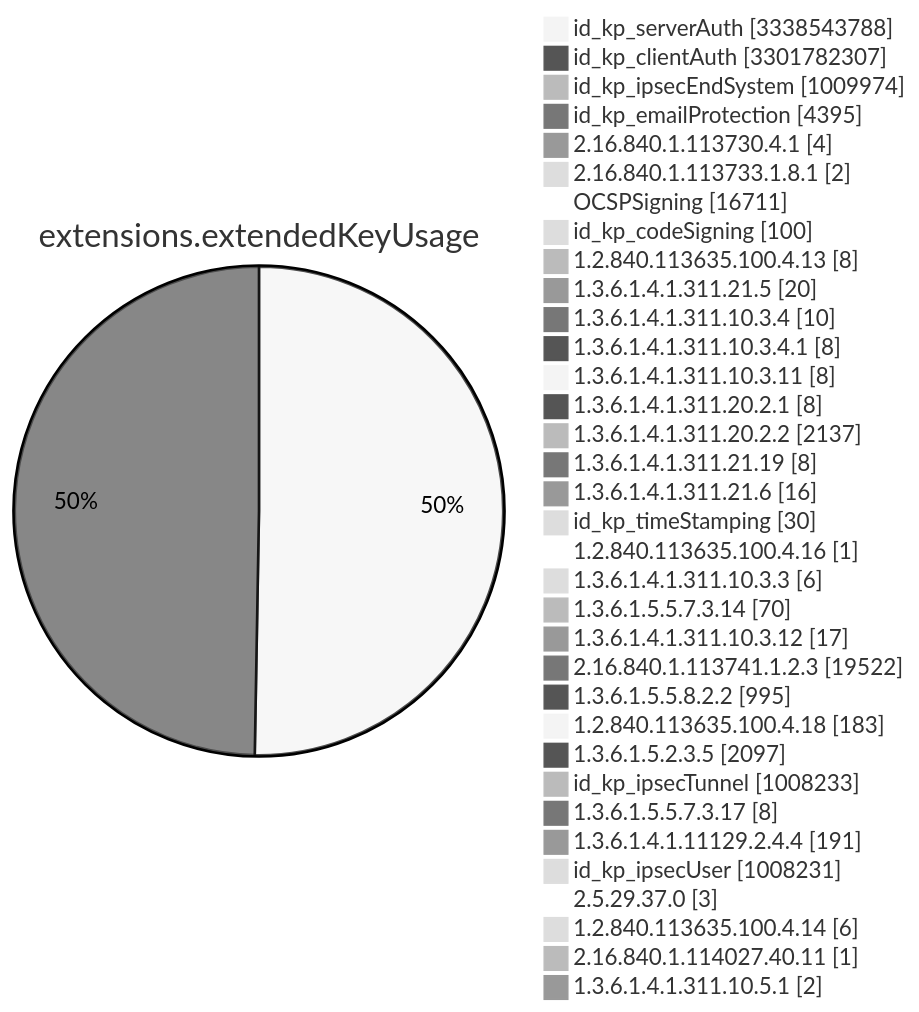
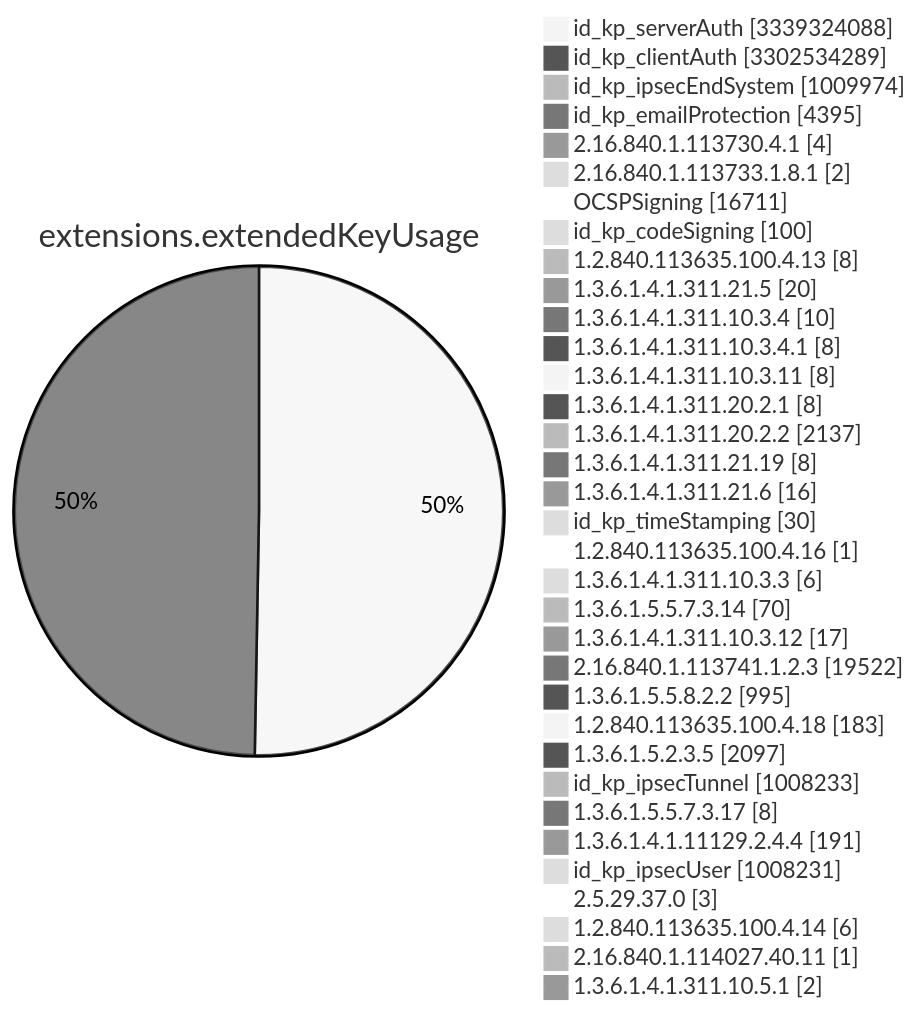
Before and after one commit to christiankrug/ctmonitor_visualization: diagram 11 of 15 in TOTAL/README.md, drawn with Mermaid (neutral theme). The commit also changed other lines of this file, not shown here.

````diff
--- a/TOTAL/README.md
+++ b/TOTAL/README.md
@@ -4120,38 +4120,38 @@
 ```mermaid
 pie showData
 title extensions.extendedKeyUsage
-"id_kp_serverAuth" :3338543788
-"id_kp_clientAuth" :3301782307
+"id_kp_serverAuth" :3339324088
+"id_kp_clientAuth" :3302534289
 "id_kp_ipsecEndSystem" :1009974
 "id_kp_emailProtection" :4395
 "2.16.840.1.113730.4.1" :4
 "2.16.840.1.113733.1.8.1" :2
 "OCSPSigning" :16711
 "id_kp_codeSigning" :100
 "1.2.840.113635.100.4.13" :8
 "1.3.6.1.4.1.311.21.5" :20
 "1.3.6.1.4.1.311.10.3.4" :10
 "1.3.6.1.4.1.311.10.3.4.1" :8
 "1.3.6.1.4.1.311.10.3.11" :8
 "1.3.6.1.4.1.311.20.2.1" :8
 "1.3.6.1.4.1.311.20.2.2" :2137
 "1.3.6.1.4.1.311.21.19" :8
 "1.3.6.1.4.1.311.21.6" :16
 "id_kp_timeStamping" :30
 "1.2.840.113635.100.4.16" :1
 "1.3.6.1.4.1.311.10.3.3" :6
 "1.3.6.1.5.5.7.3.14" :70
 "1.3.6.1.4.1.311.10.3.12" :17
 "2.16.840.1.113741.1.2.3" :19522
 "1.3.6.1.5.5.8.2.2" :995
 "1.2.840.113635.100.4.18" :183
 "1.3.6.1.5.2.3.5" :2097
 "id_kp_ipsecTunnel" :1008233
 "1.3.6.1.5.5.7.3.17" :8
 "1.3.6.1.4.1.11129.2.4.4" :191
 "id_kp_ipsecUser" :1008231
 "2.5.29.37.0" :3
 "1.2.840.113635.100.4.14" :6
 "2.16.840.1.114027.40.11" :1
 "1.3.6.1.4.1.311.10.5.1" :2
 ```
````
